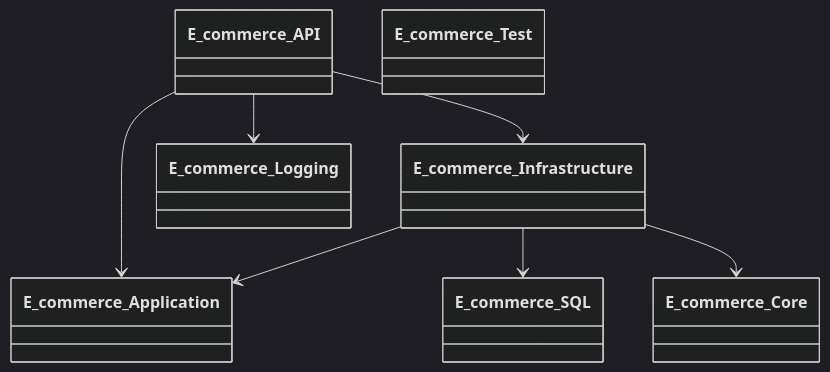
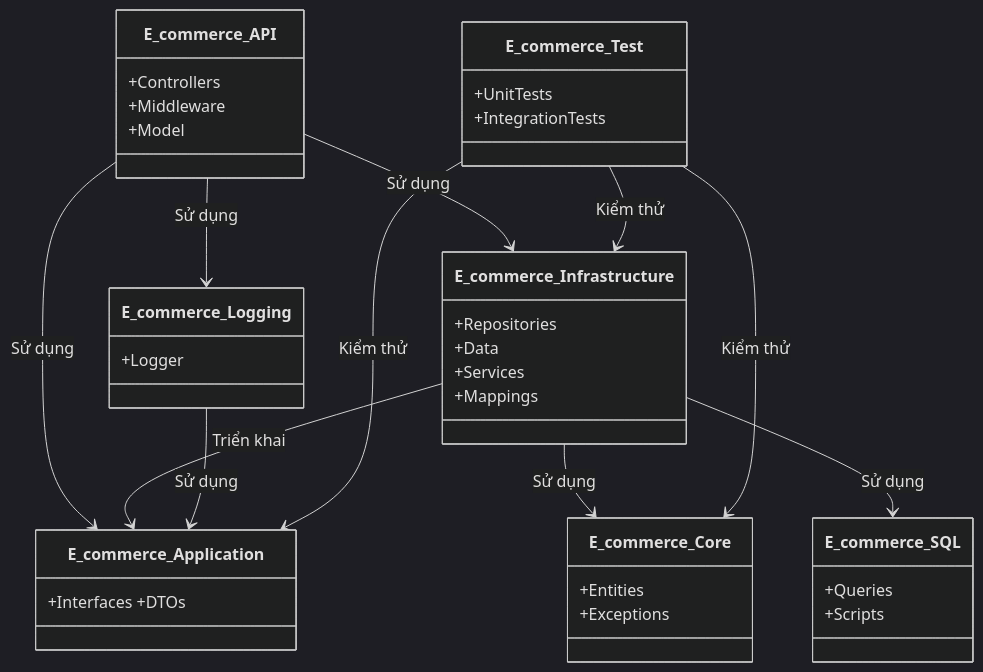
One commit to GiaBao0510/E_commerce changed the diagram in E_Commerce.BackEnd/README.md. Above: the diagram before and after it, drawn with Mermaid (dark theme). The commit also changed other lines of this file and 1 other file, not shown here.

````diff
--- a/E_Commerce.BackEnd/README.md
+++ b/E_Commerce.BackEnd/README.md
@@ -67,33 +87,43 @@
-```mermaid
-classDiagram
-    class E_commerce_API { 
-    }
-    
-    class E_commerce_Application {
-    }
-    
-    class E_commerce_Core {
-    }
-    
-    class E_commerce_Infrastructure {
-    }
-    
-    class E_commerce_Test {
-    }
-    
-	class E_commerce_SQL {
-    }
-
-	class E_commerce_Logging {
-    }
-    
-    E_commerce_API --> E_commerce_Application
-    E_commerce_API --> E_commerce_Infrastructure
-    E_commerce_API --> E_commerce_Logging
-    
-    E_commerce_Infrastructure --> E_commerce_Application
-    E_commerce_Infrastructure --> E_commerce_SQL
-    E_commerce_Infrastructure --> E_commerce_Core
-    
-   
+```mermaid 
+classDiagram 
+	class E_commerce_API { 
+		+Controllers 
+		+Middleware 
+		+Model
+	} 
+	class E_commerce_Application { 
+		+Interfaces +DTOs 
+	} 
+	class E_commerce_Core { 
+		+Entities 
+		+Exceptions 
+	} 
+	class E_commerce_Infrastructure { 
+		+Repositories 
+		+Data 
+		+Services 
+		+Mappings 
+	} 
+	class E_commerce_SQL { 
+		+Queries 
+		+Scripts 
+	} 
+	class E_commerce_Logging { 
+		+Logger 
+	}
+	class E_commerce_Test { 
+		+UnitTests 
+		+IntegrationTests 
+	} 
+	
+	E_commerce_API --> E_commerce_Infrastructure : Sử dụng 
+	E_commerce_API --> E_commerce_Application : Sử dụng 
+	E_commerce_API --> E_commerce_Logging : Sử dụng 
+	E_commerce_Infrastructure --> E_commerce_Application : Triển khai
+	 E_commerce_Infrastructure --> E_commerce_Core : Sử dụng 
+	 E_commerce_Infrastructure --> E_commerce_SQL : Sử dụng 
+	 E_commerce_Logging --> E_commerce_Application : Sử dụng 
+	 E_commerce_Test --> E_commerce_Core : Kiểm thử 
+	 E_commerce_Test --> E_commerce_Application : Kiểm thử 
+	 E_commerce_Test --> E_commerce_Infrastructure : Kiểm thử
 ```
````
